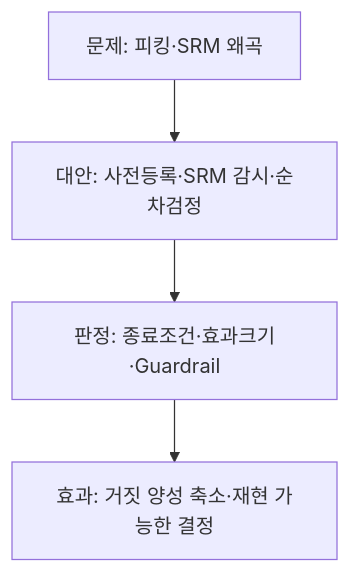
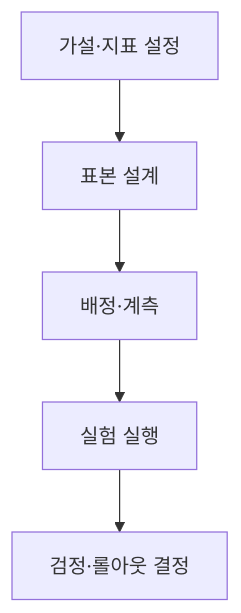
Before and after one commit to agnusdei1207/study: the third of 3 diagrams in src/content/docs/notes/itpe/01-it-strategy/029_ab_testing.md, drawn with Mermaid. The commit also changed other lines of this file and 19 other files, not shown here.

````diff
--- a/src/content/docs/notes/itpe/01-it-strategy/029_ab_testing.md
+++ b/src/content/docs/notes/itpe/01-it-strategy/029_ab_testing.md
@@ -118,6 +127,7 @@
 ```mermaid
 flowchart TD
-    A["문제: 피킹·SRM 왜곡"] --> B["대안: 사전등록·SRM 감시·순차검정"]
-    B --> C["판정: 종료조건·효과크기·Guardrail"]
-    C --> D["효과: 거짓 양성 축소·재현 가능한 결정"]
+    A["가설·지표 설정"] --> B["표본 설계"]
+    B --> C["배정·계측"]
+    C --> D["실험 실행"]
+    D --> E["검정·롤아웃 결정"]
 ```
````
